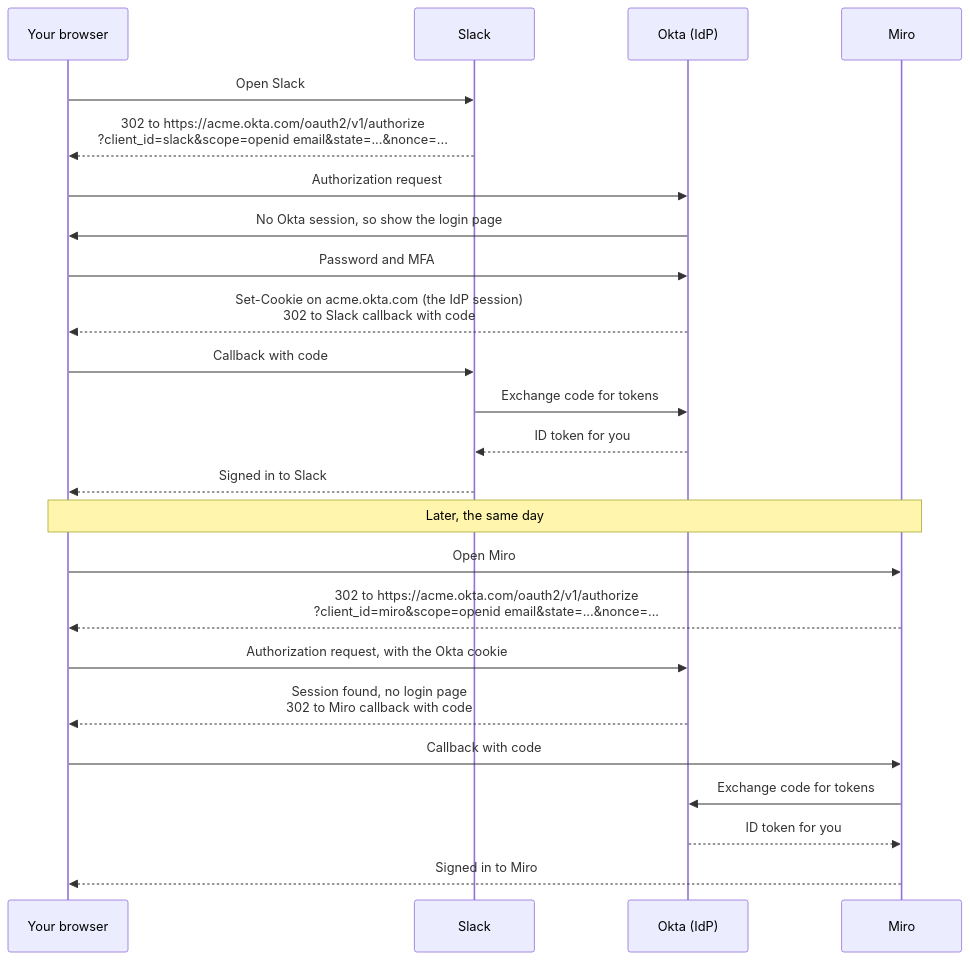
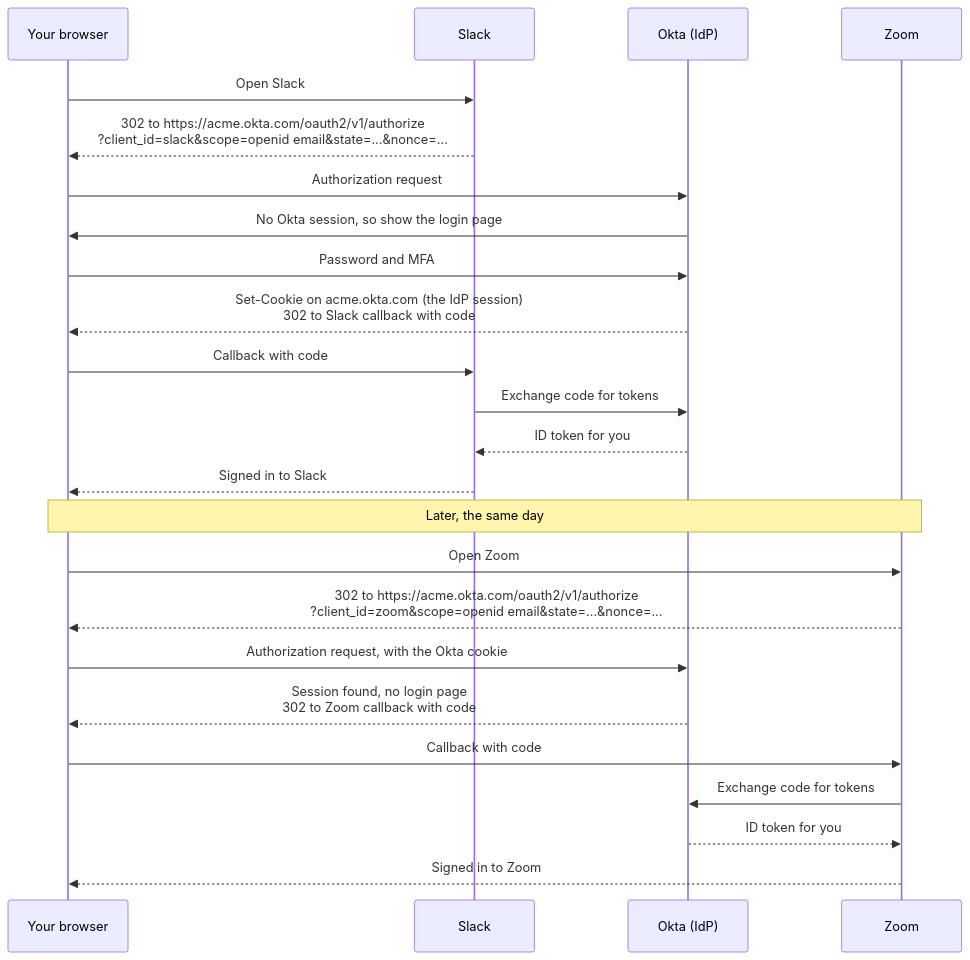
The second of 2 diagrams in cheatsheets/oidc.md (fsw0422/sd-handbook), drawn with Mermaid before and after one commit. The commit also changed other lines of this file and 2 other files, not shown here.

Commit message:
docs: use generic example names in the auth cheat sheets
Replace the TimeFinder example app in the OAuth, OIDC, and SSO, SAML,
and SCIM cheat sheets with generic names: "the app", "App backend",
"App (SP)", and example.com URLs. The PKCE diagrams now compare a real
phone app with a malicious one on exampleapp://callback. The OIDC SSO
example uses Zoom instead of Miro.

````diff
--- a/cheatsheets/oidc.md
+++ b/cheatsheets/oidc.md
@@ -111,27 +111,27 @@
 ```mermaid
 sequenceDiagram
     participant B as Your browser
     participant S as Slack
     participant O as Okta (IdP)
-    participant M as Miro
+    participant Z as Zoom
 
     B->>S: Open Slack
     S-->>B: 302 to https://acme.okta.com/oauth2/v1/authorize<br/>?client_id=slack&scope=openid email&state=...&nonce=...
     B->>O: Authorization request
     O->>B: No Okta session, so show the login page
     B->>O: Password and MFA
     O-->>B: Set-Cookie on acme.okta.com (the IdP session)<br/>302 to Slack callback with code
     B->>S: Callback with code
     S->>O: Exchange code for tokens
     O-->>S: ID token for you
     S-->>B: Signed in to Slack
-    Note over B,M: Later, the same day
-    B->>M: Open Miro
-    M-->>B: 302 to https://acme.okta.com/oauth2/v1/authorize<br/>?client_id=miro&scope=openid email&state=...&nonce=...
+    Note over B,Z: Later, the same day
+    B->>Z: Open Zoom
+    Z-->>B: 302 to https://acme.okta.com/oauth2/v1/authorize<br/>?client_id=zoom&scope=openid email&state=...&nonce=...
     B->>O: Authorization request, with the Okta cookie
-    O-->>B: Session found, no login page<br/>302 to Miro callback with code
-    B->>M: Callback with code
-    M->>O: Exchange code for tokens
-    O-->>M: ID token for you
-    M-->>B: Signed in to Miro
+    O-->>B: Session found, no login page<br/>302 to Zoom callback with code
+    B->>Z: Callback with code
+    Z->>O: Exchange code for tokens
+    O-->>Z: ID token for you
+    Z-->>B: Signed in to Zoom
 ```
````
